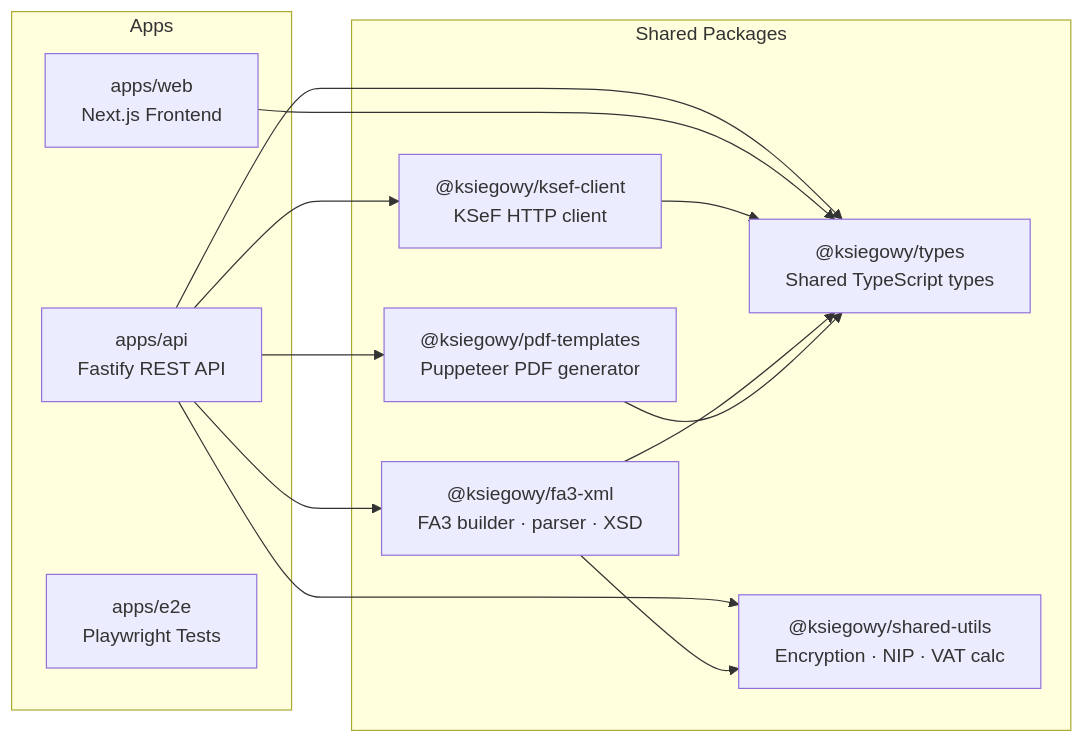
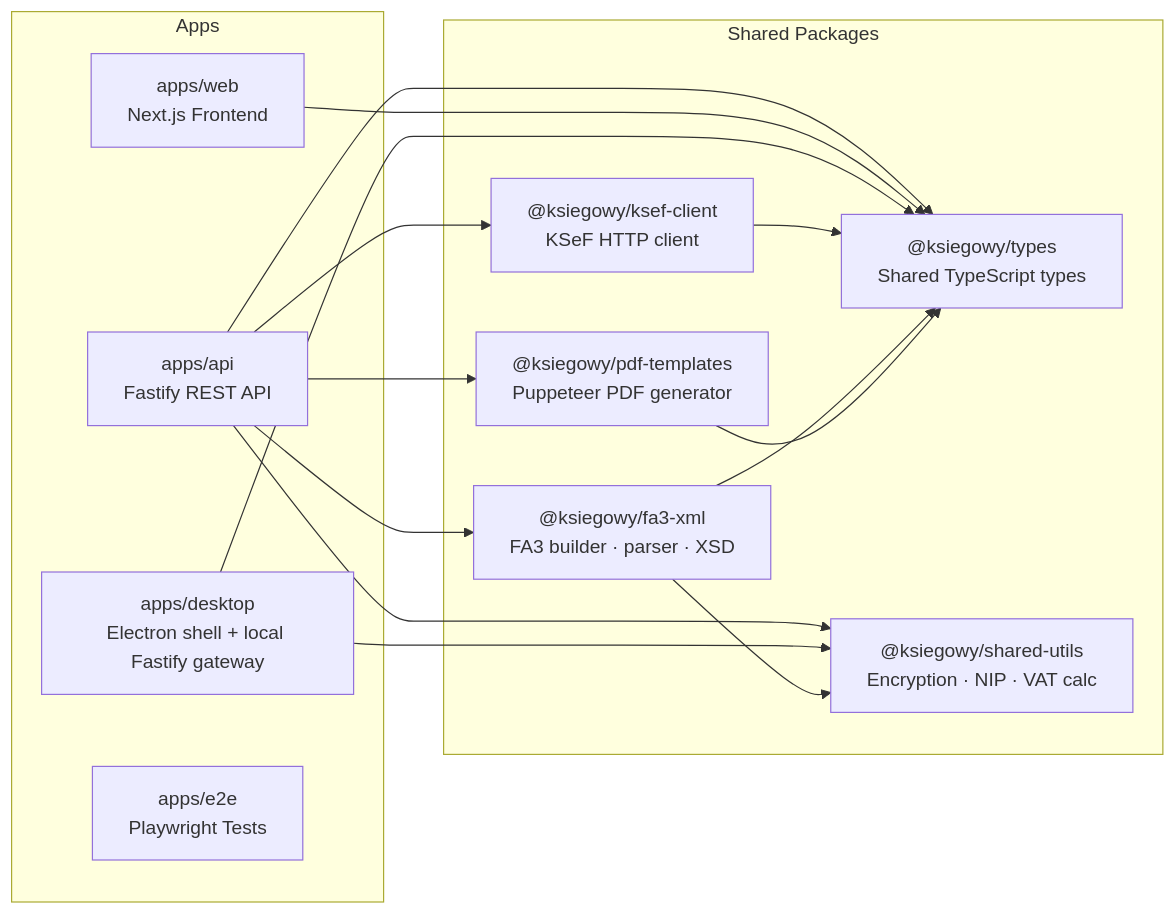
One commit to DriveToTech/ksiegowy-vibe changed the eighth of 8 diagrams in docs/architecture.md. Above: the diagram before and after it, drawn with Mermaid. The commit also changed other lines of this file and 27 other files, not shown here.

Commit message:
feat(desktop): apps/desktop, desktop gateway

````diff
--- a/docs/architecture.md
+++ b/docs/architecture.md
@@ -246,29 +266,33 @@
 ```mermaid
 flowchart LR
     subgraph apps["Apps"]
         API["apps/api\nFastify REST API"]
         WEB["apps/web\nNext.js Frontend"]
+        DESKTOP["apps/desktop\nElectron shell + local Fastify gateway"]
         E2E["apps/e2e\nPlaywright Tests"]
     end
 
     subgraph packages["Shared Packages"]
         TYPES["@ksiegowy/types\nShared TypeScript types"]
         UTILS["@ksiegowy/shared-utils\nEncryption · NIP · VAT calc"]
         KSEF["@ksiegowy/ksef-client\nKSeF HTTP client"]
         FA3["@ksiegowy/fa3-xml\nFA3 builder · parser · XSD"]
         PDF["@ksiegowy/pdf-templates\nPuppeteer PDF generator"]
     end
 
     API --> TYPES
     API --> UTILS
     API --> KSEF
     API --> FA3
     API --> PDF
 
     WEB --> TYPES
 
+    DESKTOP --> TYPES
+    DESKTOP --> UTILS
+
     KSEF --> TYPES
     FA3 --> TYPES
     FA3 --> UTILS
     PDF --> TYPES
 ```
````
